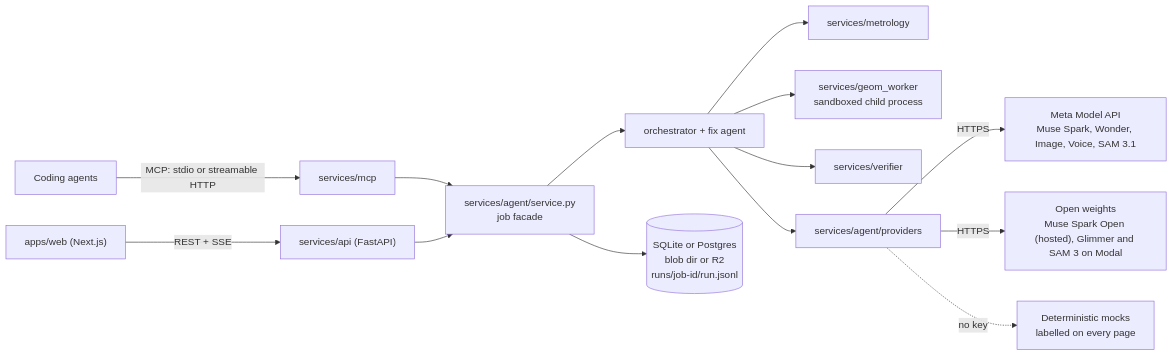
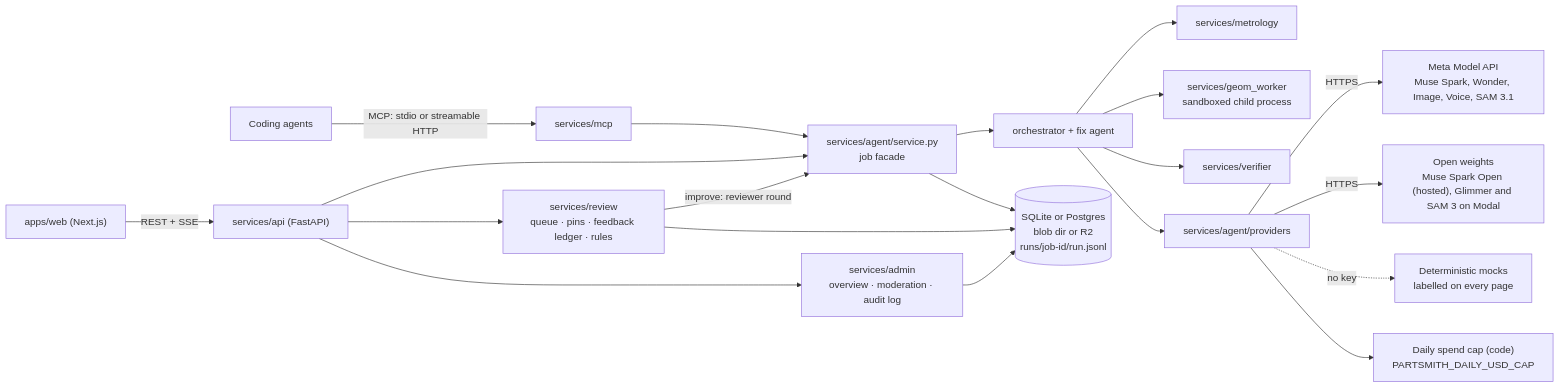
The second of 2 diagrams in docs/ARCHITECTURE.md (Prashant-thakur77/partsmith), drawn with Mermaid before and after one commit. The commit also changed other lines of this file and 30 other files, not shown here.

````diff
--- a/docs/ARCHITECTURE.md
+++ b/docs/ARCHITECTURE.md
@@ -56,16 +56,22 @@
 ```mermaid
 flowchart LR
     web["apps/web (Next.js)"] -->|"REST + SSE"| api["services/api (FastAPI)"]
     agents["Coding agents"] -->|"MCP: stdio or streamable HTTP"| mcp["services/mcp"]
     mcp --> svc["services/agent/service.py<br/>job facade"]
     api --> svc
     svc --> orch["orchestrator + fix agent"]
     orch --> metro["services/metrology"]
     orch --> geom["services/geom_worker<br/>sandboxed child process"]
     orch --> ver["services/verifier"]
     orch --> prov["services/agent/providers"]
     prov -->|"HTTPS"| meta["Meta Model API<br/>Muse Spark, Wonder, Image, Voice, SAM 3.1"]
     prov -->|"HTTPS"| open["Open weights<br/>Muse Spark Open (hosted), Glimmer and SAM 3 on Modal"]
     prov -.->|"no key"| mock["Deterministic mocks<br/>labelled on every page"]
+    prov --> budget["Daily spend cap (code)<br/>PARTSMITH_DAILY_USD_CAP"]
+    api --> review["services/review<br/>queue · pins · feedback ledger · rules"]
+    review -->|"improve: reviewer round"| svc
+    api --> admin["services/admin<br/>overview · moderation · audit log"]
     svc --> store[("SQLite or Postgres<br/>blob dir or R2<br/>runs/job-id/run.jsonl")]
+    review --> store
+    admin --> store
 ```
````
